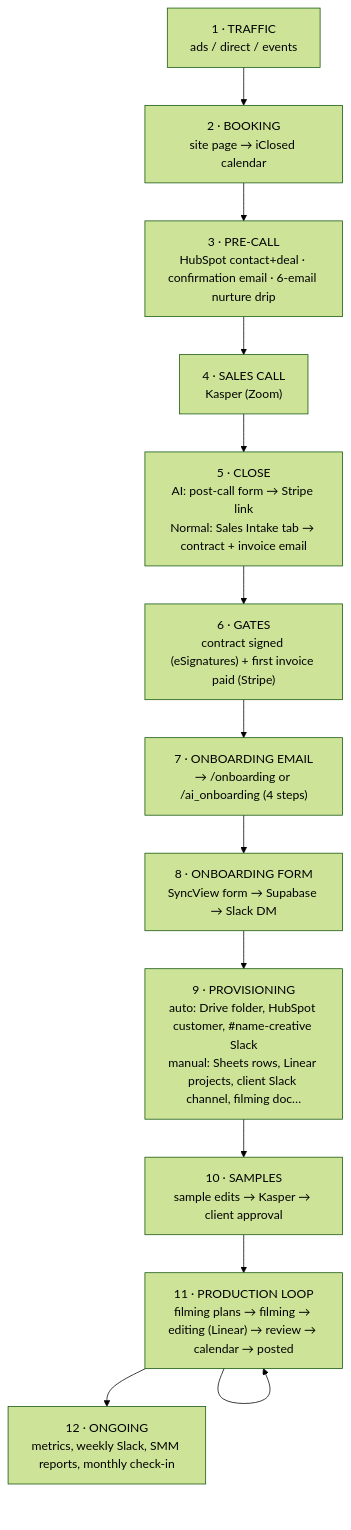
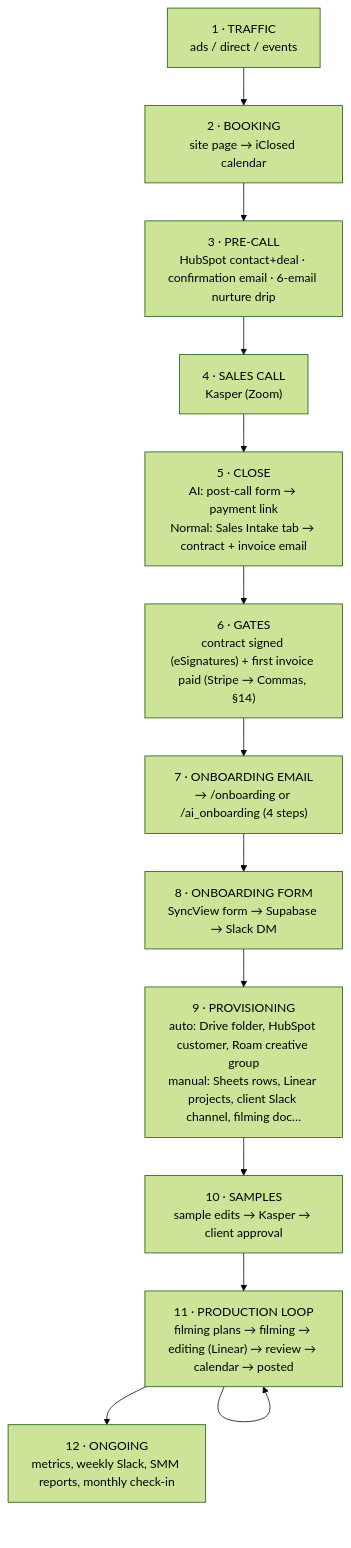
One commit to sidney-afk/client-analytics changed the first of 2 diagrams in docs/CLIENT_LIFECYCLE_MAP.md. Above: the diagram before and after it, drawn with Mermaid (forest theme). The commit also changed other lines of this file and 1 other file, not shown here.

First line of the commit message:
Audit CLIENT_LIFECYCLE_MAP: mirror retired, 7 new workflows, Roam/Telegram added (#1107)

````diff
--- a/docs/CLIENT_LIFECYCLE_MAP.md
+++ b/docs/CLIENT_LIFECYCLE_MAP.md
@@ -40,15 +44,15 @@
 ```mermaid
 flowchart TD
   A["1 · TRAFFIC<br/>ads / direct / events"] --> B["2 · BOOKING<br/>site page → iClosed calendar"]
   B --> C["3 · PRE-CALL<br/>HubSpot contact+deal · confirmation email · 6-email nurture drip"]
   C --> D["4 · SALES CALL<br/>Kasper (Zoom)"]
-  D --> E["5 · CLOSE<br/>AI: post-call form → Stripe link<br/>Normal: Sales Intake tab → contract + invoice email"]
-  E --> F["6 · GATES<br/>contract signed (eSignatures) + first invoice paid (Stripe)"]
+  D --> E["5 · CLOSE<br/>AI: post-call form → payment link<br/>Normal: Sales Intake tab → contract + invoice email"]
+  E --> F["6 · GATES<br/>contract signed (eSignatures) + first invoice paid (Stripe → Commas, §14)"]
   F --> G["7 · ONBOARDING EMAIL<br/>→ /onboarding or /ai_onboarding (4 steps)"]
   G --> H["8 · ONBOARDING FORM<br/>SyncView form → Supabase → Slack DM"]
-  H --> I["9 · PROVISIONING<br/>auto: Drive folder, HubSpot customer, #name-creative Slack<br/>manual: Sheets rows, Linear projects, client Slack channel, filming doc…"]
+  H --> I["9 · PROVISIONING<br/>auto: Drive folder, HubSpot customer, Roam creative group<br/>manual: Sheets rows, Linear projects, client Slack channel, filming doc…"]
   I --> J["10 · SAMPLES<br/>sample edits → Kasper → client approval"]
   J --> K["11 · PRODUCTION LOOP<br/>filming plans → filming → editing (Linear) → review → calendar → posted"]
   K --> L["12 · ONGOING<br/>metrics, weekly Slack, SMM reports, monthly check-in"]
   K --> K
 ```
````
